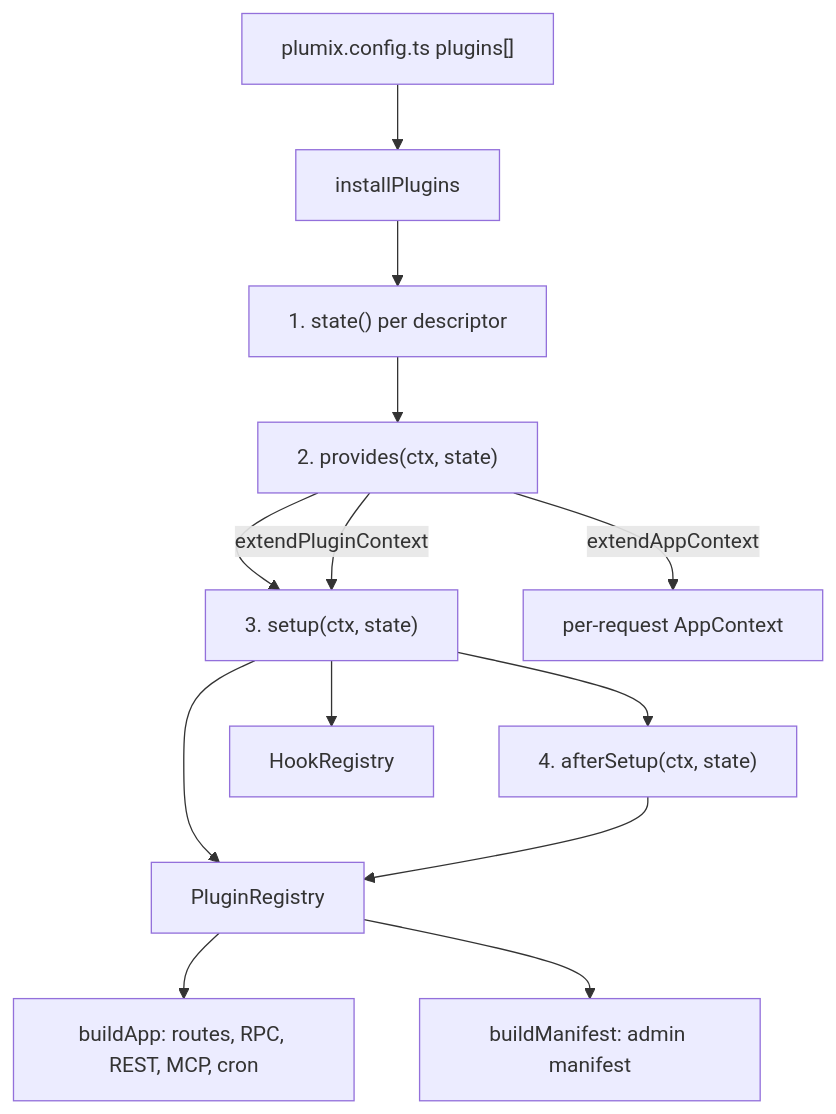
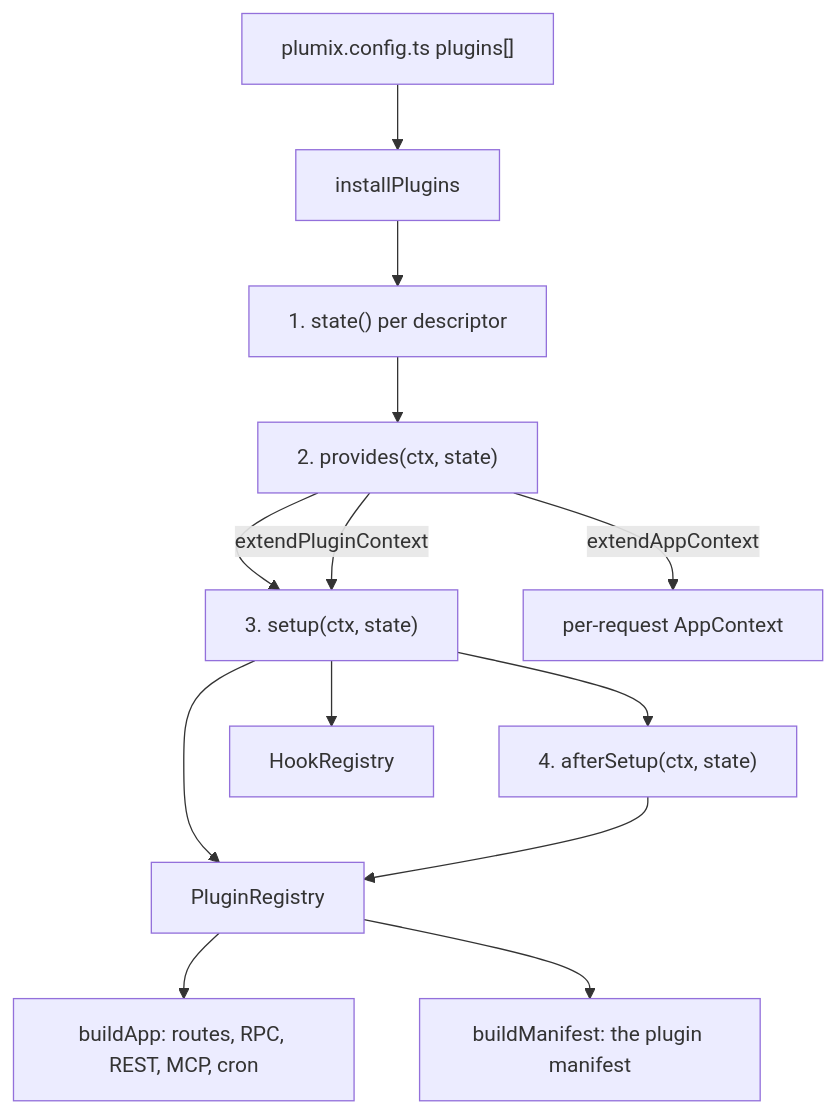
Before and after one commit to withplumix/plumix: the diagram in docs/architecture/plugin-system.md, drawn with Mermaid. The commit also changed other lines of this file and 21 other files, not shown here.

````diff
--- a/docs/architecture/plugin-system.md
+++ b/docs/architecture/plugin-system.md
@@ -7,15 +7,15 @@
 ```mermaid
 flowchart TD
   cfg["plumix.config.ts plugins[]"] --> ip["installPlugins"]
   ip --> st["1. state() per descriptor"]
   st --> pr["2. provides(ctx, state)"]
   pr --> se["3. setup(ctx, state)"]
   se --> as["4. afterSetup(ctx, state)"]
   pr -->|extendPluginContext| se
   pr -->|extendAppContext| app["per-request AppContext"]
   se --> reg["PluginRegistry"]
   se --> hk["HookRegistry"]
   as --> reg
   reg --> rt["buildApp: routes, RPC, REST, MCP, cron"]
-  reg --> man["buildManifest: admin manifest"]
+  reg --> man["buildManifest: the plugin manifest"]
 ```
````
